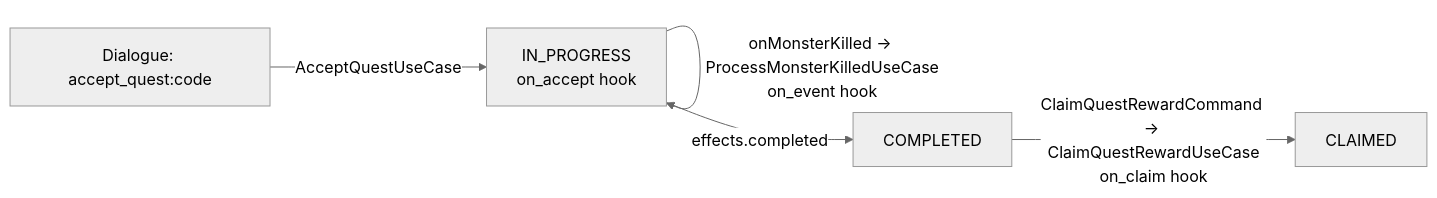
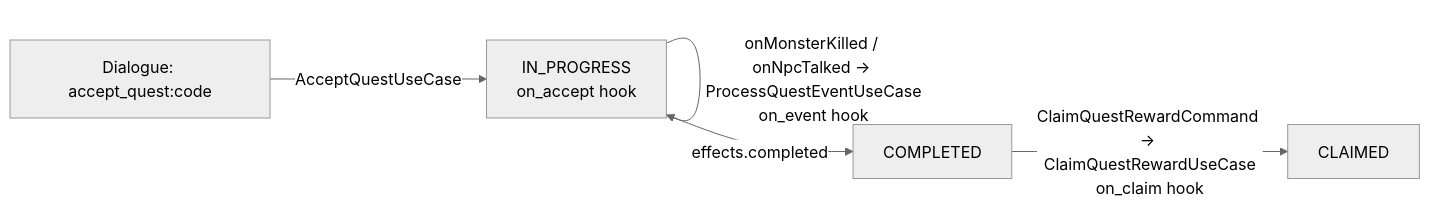
The second of 2 diagrams in docs/05-server/GAMEPLAY.md (ta-min-hieu/shinobi-engine), drawn with Mermaid (neutral theme) before and after one commit. The commit also changed other lines of this file and 4 other files, not shown here.

````diff
--- a/docs/05-server/GAMEPLAY.md
+++ b/docs/05-server/GAMEPLAY.md
@@ -413,7 +413,7 @@
 ```mermaid
 graph LR
     A["Dialogue: accept_quest:code"] -->|AcceptQuestUseCase| B["IN_PROGRESS<br/>on_accept hook"]
-    B -->|onMonsterKilled → ProcessMonsterKilledUseCase<br/>on_event hook| B
+    B -->|onMonsterKilled / onNpcTalked → ProcessQuestEventUseCase<br/>on_event hook| B
     B -->|effects.completed| C["COMPLETED"]
     C -->|ClaimQuestRewardCommand → ClaimQuestRewardUseCase<br/>on_claim hook| D["CLAIMED"]
 ```
````
